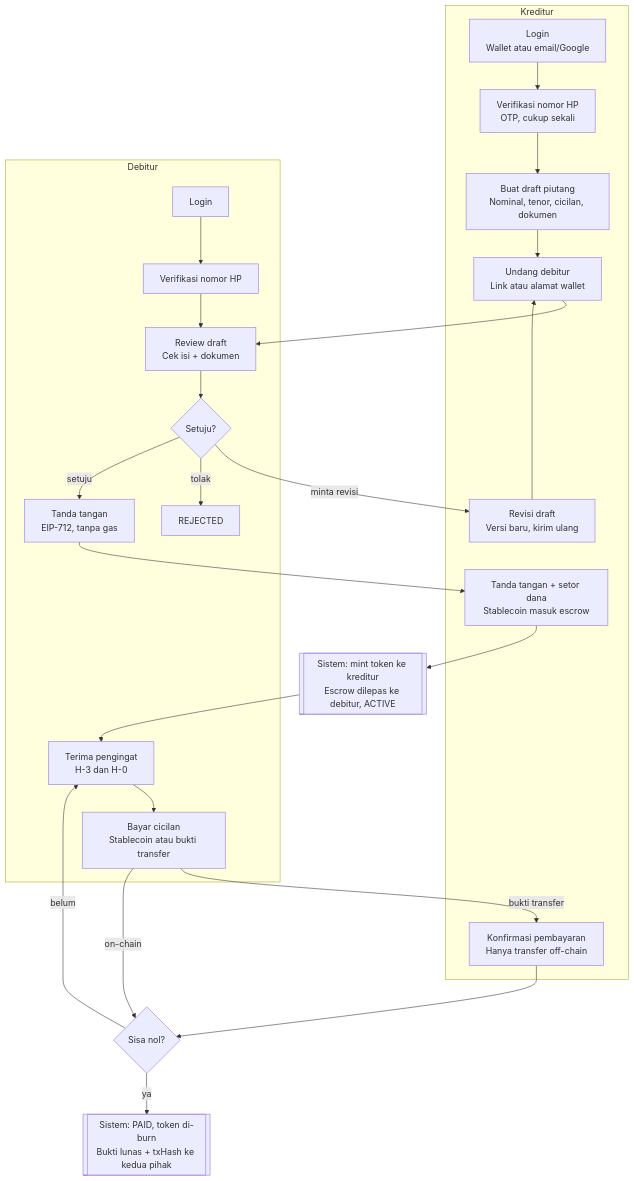
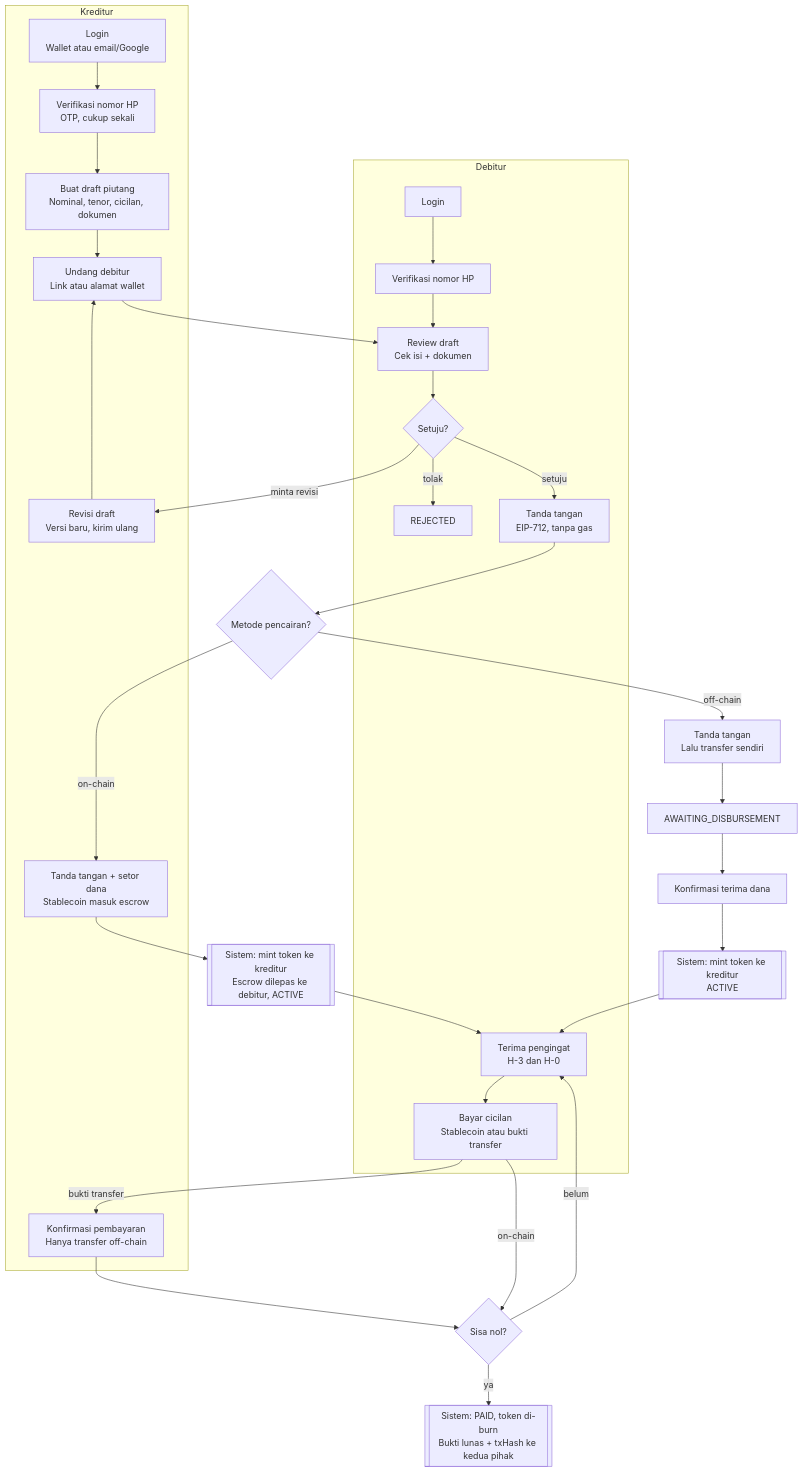
The diagram in docs/02-USER-FLOW.md (k41ts/collatera), drawn with Mermaid before and after one commit. The commit also changed other lines of this file and 8 other files, not shown here.

````diff
--- a/docs/02-USER-FLOW.md
+++ b/docs/02-USER-FLOW.md
@@ -7,31 +7,37 @@
 ```mermaid
 flowchart TD
     subgraph K[Kreditur]
         K1[Login<br/>Wallet atau email/Google] --> K2[Verifikasi nomor HP<br/>OTP, cukup sekali]
         K2 --> K3[Buat draft piutang<br/>Nominal, tenor, cicilan, dokumen]
         K3 --> K4[Undang debitur<br/>Link atau alamat wallet]
         K5[Revisi draft<br/>Versi baru, kirim ulang] --> K4
         K6[Tanda tangan + setor dana<br/>Stablecoin masuk escrow]
         K7[Konfirmasi pembayaran<br/>Hanya transfer off-chain]
     end
 
     subgraph D[Debitur]
         D1[Login] --> D2[Verifikasi nomor HP]
         D2 --> D3[Review draft<br/>Cek isi + dokumen]
         D3 --> D4{Setuju?}
         D4 -- minta revisi --> K5
         D4 -- tolak --> R[REJECTED]
         D4 -- setuju --> D5[Tanda tangan<br/>EIP-712, tanpa gas]
         D6[Terima pengingat<br/>H-3 dan H-0] --> D7[Bayar cicilan<br/>Stablecoin atau bukti transfer]
     end
 
     K4 --> D3
-    D5 --> K6
+    D5 --> M{Metode pencairan?}
+    M -- on-chain --> K6
     K6 --> S1[[Sistem: mint token ke kreditur<br/>Escrow dilepas ke debitur, ACTIVE]]
+    M -- off-chain --> K8[Tanda tangan<br/>Lalu transfer sendiri]
+    K8 --> AW[AWAITING_DISBURSEMENT]
+    AW --> D8[Konfirmasi terima dana]
+    D8 --> S3[[Sistem: mint token ke kreditur<br/>ACTIVE]]
     S1 --> D6
+    S3 --> D6
     D7 -- bukti transfer --> K7
     K7 --> C{Sisa nol?}
     D7 -- on-chain --> C
     C -- belum --> D6
     C -- ya --> S2[[Sistem: PAID, token di-burn<br/>Bukti lunas + txHash ke kedua pihak]]
 ```
````
